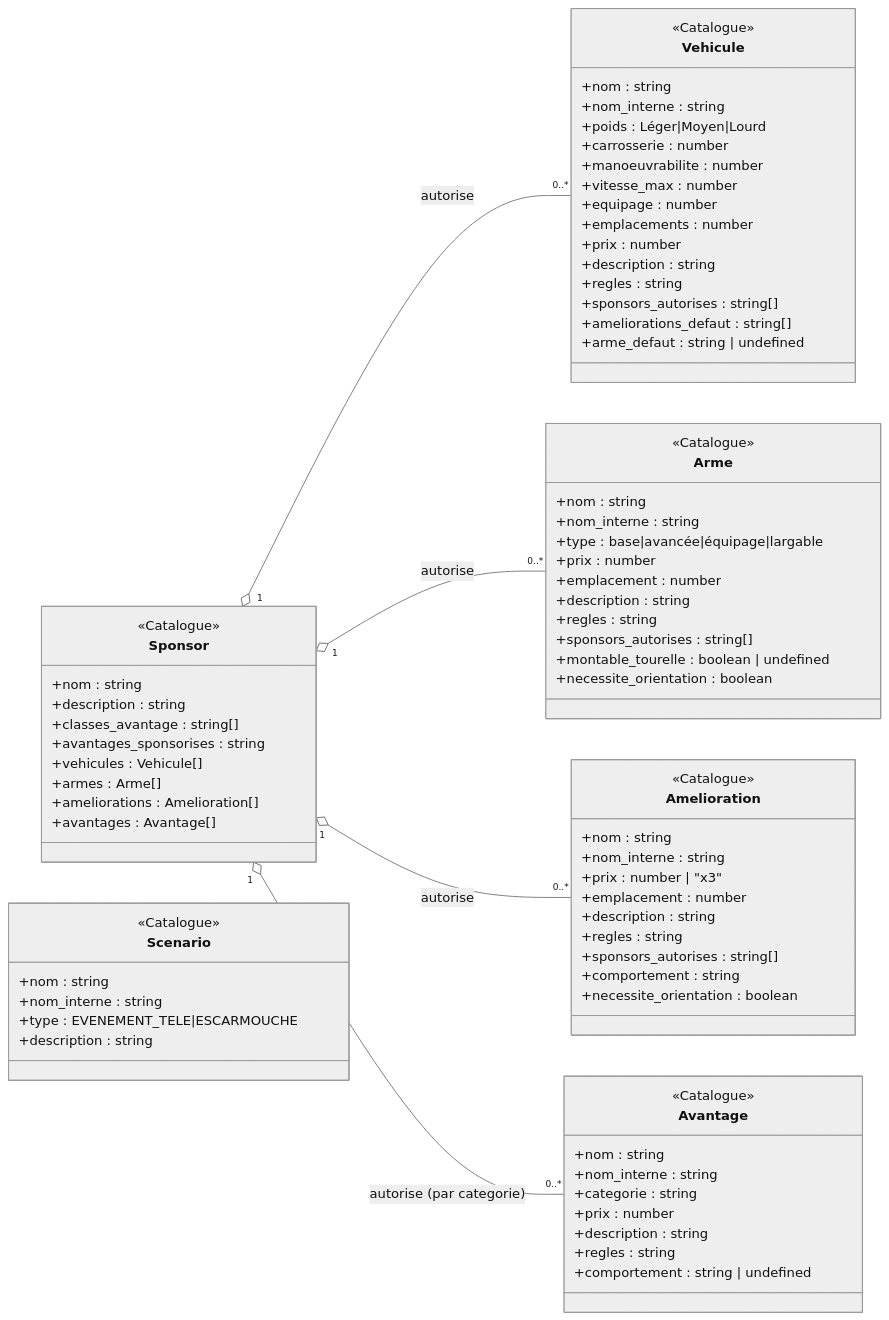
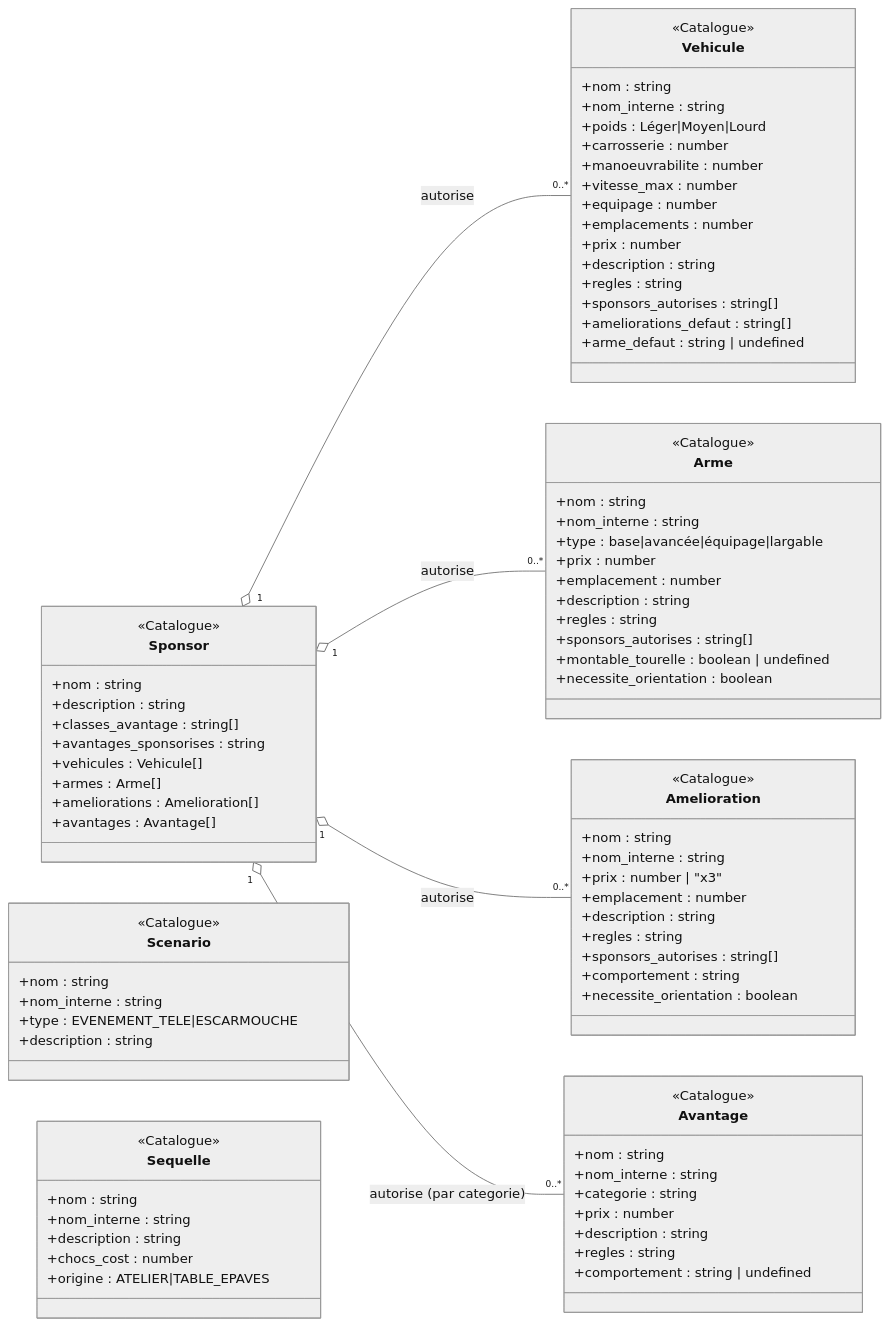
One commit to arnaudbracchetti/gaslands-manager changed the second of 4 diagrams in docs/DOMAIN_MODEL.md. Above: the diagram before and after it, drawn with Mermaid (neutral theme). The commit also changed other lines of this file and 43 other files, not shown here.

```diff
--- a/docs/DOMAIN_MODEL.md
+++ b/docs/DOMAIN_MODEL.md
@@ -335,6 +374,15 @@
         +description : string
     }
 
+    class Sequelle {
+        <<Catalogue>>
+        +nom : string
+        +nom_interne : string
+        +description : string
+        +chocs_cost : number
+        +origine : ATELIER|TABLE_EPAVES
+    }
+
     Sponsor "1" o-- "0..*" Vehicule : autorise
     Sponsor "1" o-- "0..*" Arme : autorise
     Sponsor "1" o-- "0..*" Amelioration : autorise
```
